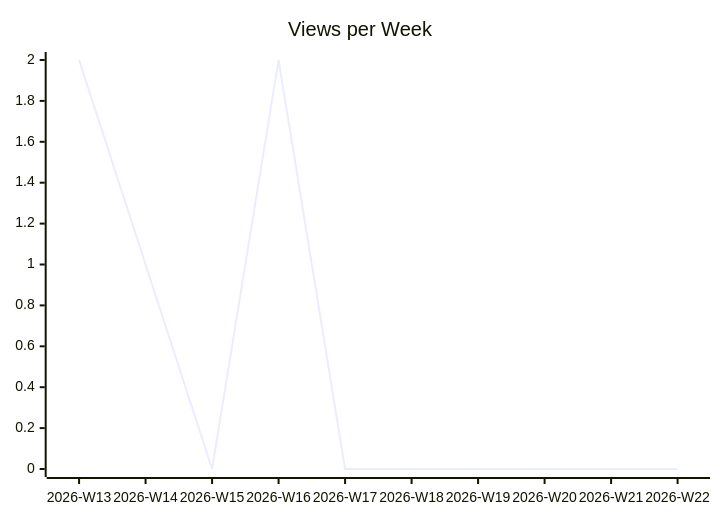
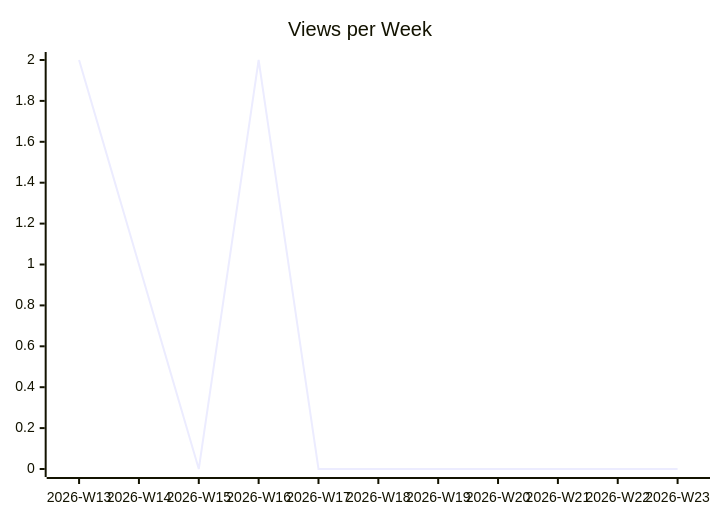
One commit to justdavis-family/github-analytics-data changed the second of 3 diagrams in karlmdavis/ansible-role-bind-dns/README.md. Above: the diagram before and after it, drawn with Mermaid. The commit also changed other lines of this file and 186 other files, not shown here.

````diff
--- a/karlmdavis/ansible-role-bind-dns/README.md
+++ b/karlmdavis/ansible-role-bind-dns/README.md
@@ -12,6 +12,6 @@
 ```mermaid
 xychart-beta
   title "Views per Week"
-  x-axis ["2026-W13", "2026-W14", "2026-W15", "2026-W16", "2026-W17", "2026-W18", "2026-W19", "2026-W20", "2026-W21", "2026-W22"]
-  line [2, 1, 0, 2, 0, 0, 0, 0, 0, 0]
+  x-axis ["2026-W13", "2026-W14", "2026-W15", "2026-W16", "2026-W17", "2026-W18", "2026-W19", "2026-W20", "2026-W21", "2026-W22", "2026-W23"]
+  line [2, 1, 0, 2, 0, 0, 0, 0, 0, 0, 0]
 ```
````
